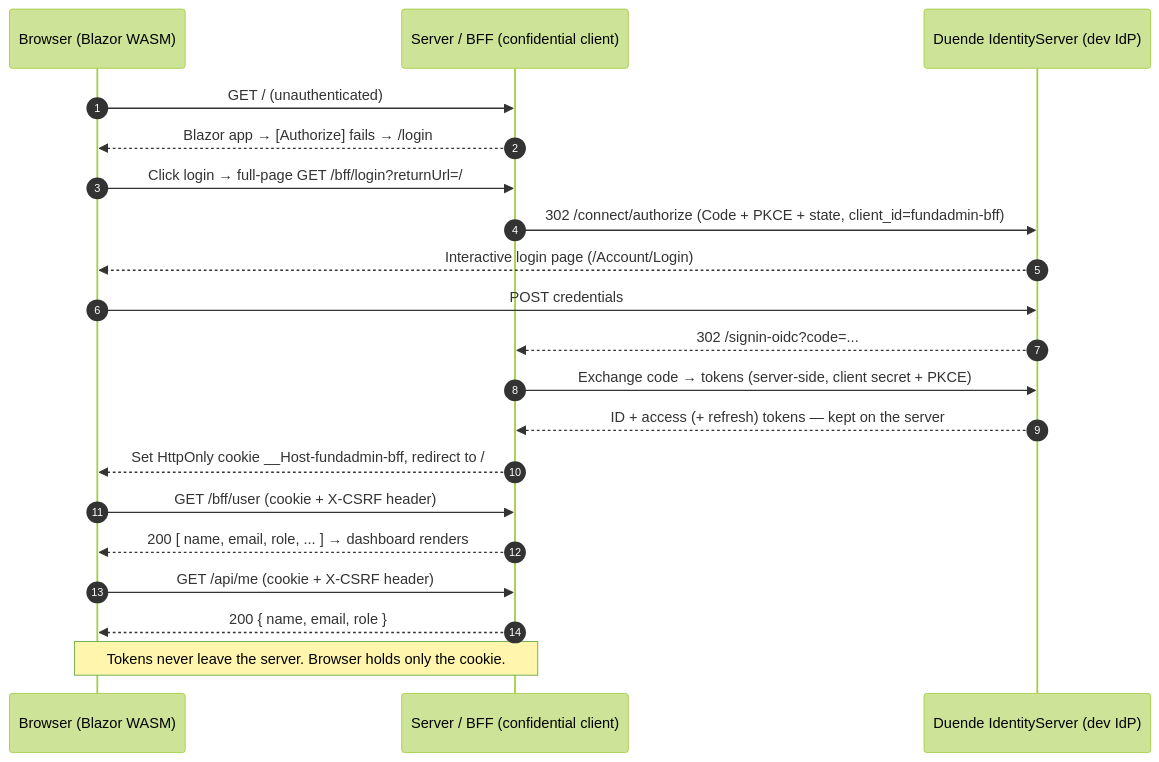
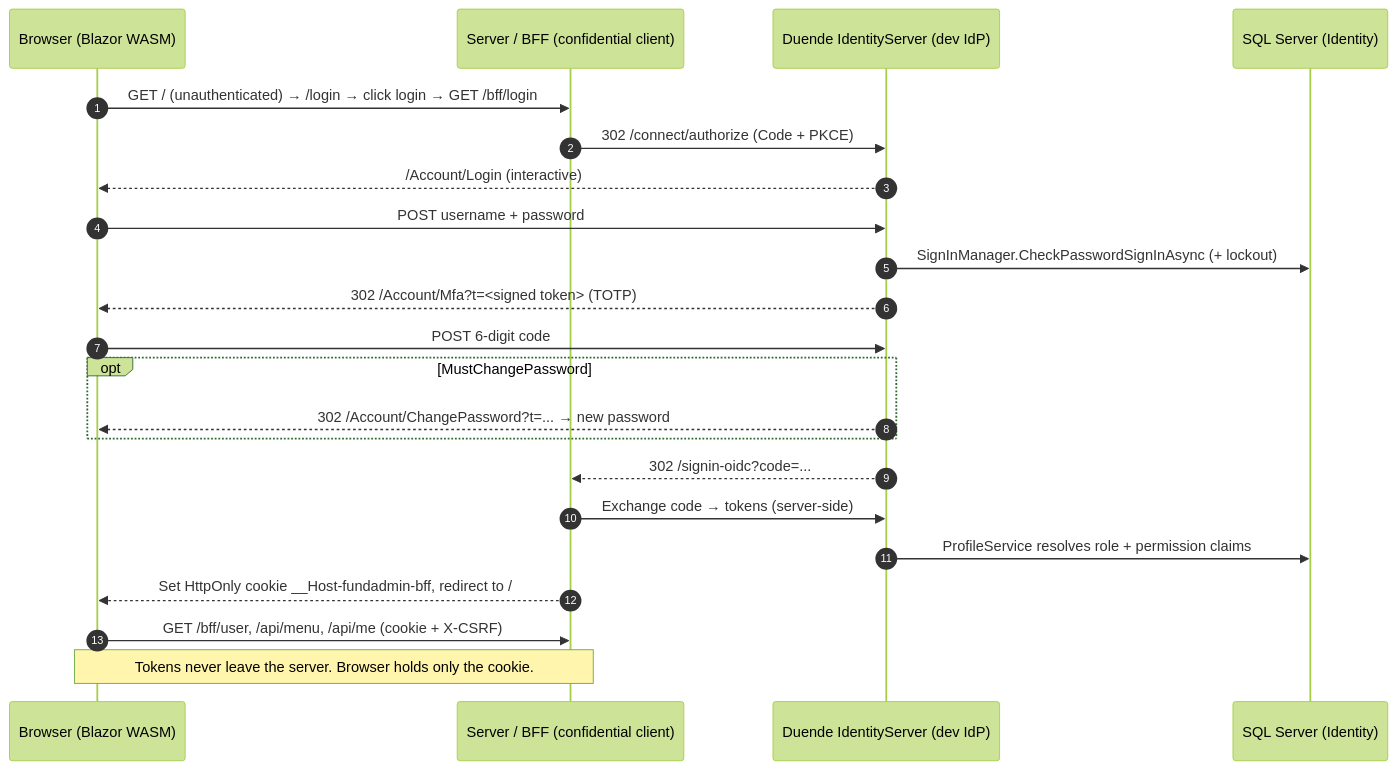
One commit to devaldicaliesta/SSO-Project changed the diagram in README.md. Above: the diagram before and after it, drawn with Mermaid (forest theme). The commit also changed other lines of this file, not shown here.

Commit message:
docs: rewrite README for .NET 10 SSO platform (identity, RBAC, audit, admin console)

````diff
--- a/README.md
+++ b/README.md
@@ -71,23 +148,25 @@
 ```mermaid
 sequenceDiagram
     autonumber
     participant B as Browser (Blazor WASM)
     participant BFF as Server / BFF (confidential client)
     participant IdP as Duende IdentityServer (dev IdP)
+    participant DB as SQL Server (Identity)
 
-    B->>BFF: GET / (unauthenticated)
-    BFF-->>B: Blazor app → [Authorize] fails → /login
-    B->>BFF: Click login → full-page GET /bff/login?returnUrl=/
-    BFF->>IdP: 302 /connect/authorize (Code + PKCE + state, client_id=fundadmin-bff)
-    IdP-->>B: Interactive login page (/Account/Login)
-    B->>IdP: POST credentials
+    B->>BFF: GET / (unauthenticated) → /login → click login → GET /bff/login
+    BFF->>IdP: 302 /connect/authorize (Code + PKCE)
+    IdP-->>B: /Account/Login (interactive)
+    B->>IdP: POST username + password
+    IdP->>DB: SignInManager.CheckPasswordSignInAsync (+ lockout)
+    IdP-->>B: 302 /Account/Mfa?t=<signed token>  (TOTP)
+    B->>IdP: POST 6-digit code
+    opt MustChangePassword
+        IdP-->>B: 302 /Account/ChangePassword?t=... → new password
+    end
     IdP-->>BFF: 302 /signin-oidc?code=...
-    BFF->>IdP: Exchange code → tokens (server-side, client secret + PKCE)
-    IdP-->>BFF: ID + access (+ refresh) tokens — kept on the server
+    BFF->>IdP: Exchange code → tokens (server-side)
+    IdP->>DB: ProfileService resolves role + permission claims
     BFF-->>B: Set HttpOnly cookie __Host-fundadmin-bff, redirect to /
-    B->>BFF: GET /bff/user (cookie + X-CSRF header)
-    BFF-->>B: 200 [ name, email, role, ... ] → dashboard renders
-    B->>BFF: GET /api/me (cookie + X-CSRF header)
-    BFF-->>B: 200 { name, email, role }
+    B->>BFF: GET /bff/user, /api/menu, /api/me (cookie + X-CSRF)
     Note over B,BFF: Tokens never leave the server. Browser holds only the cookie.
 ```
````
